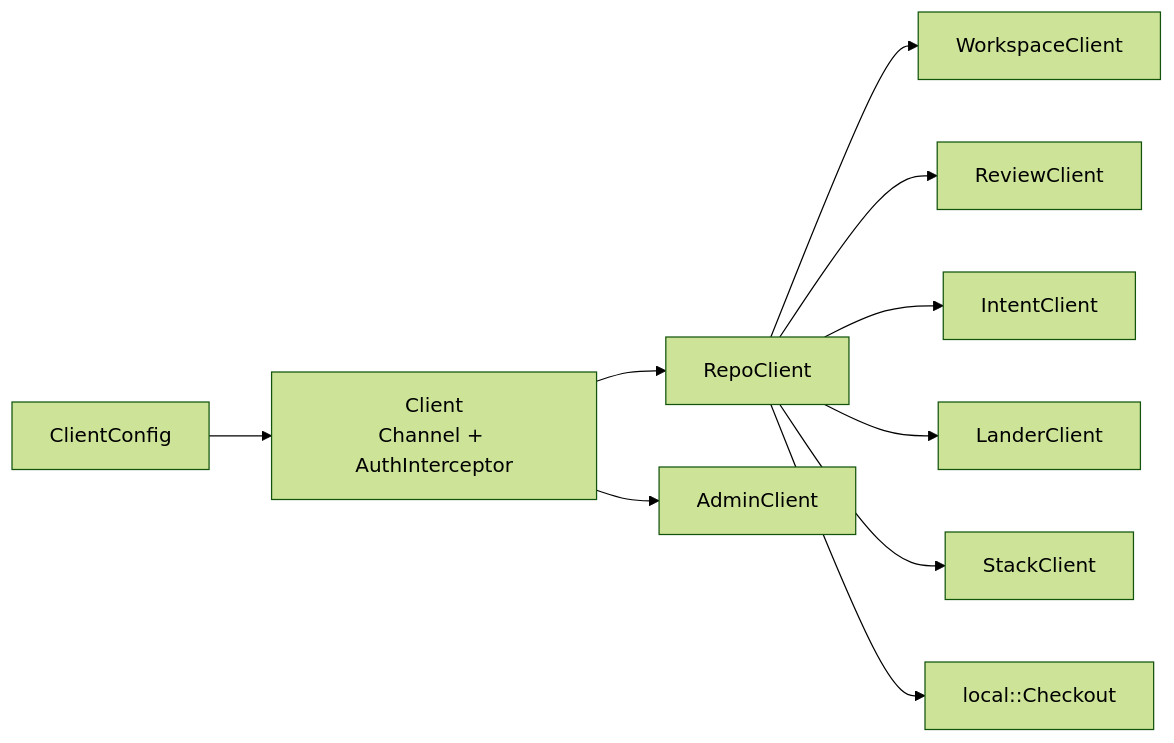
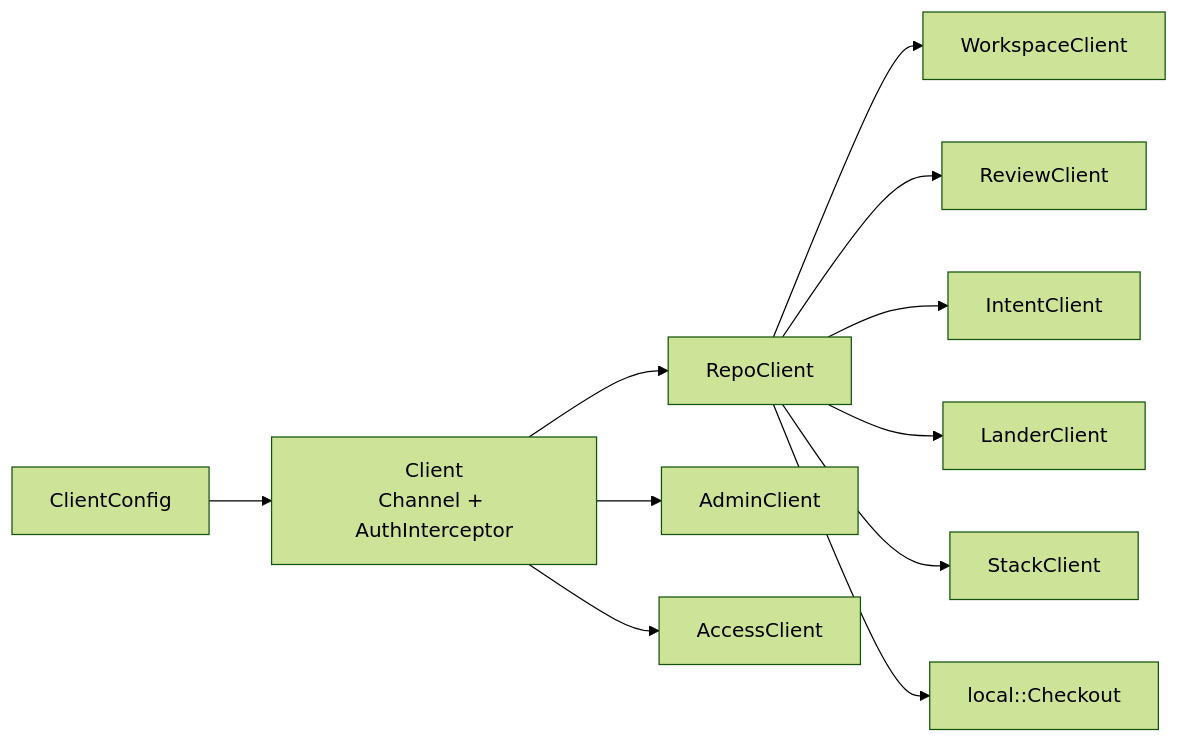
Before and after one commit to envoy1084/rill: the first of 2 diagrams in architecture/08-clients/sdk.md, drawn with Mermaid (forest theme). The commit also changed other lines of this file and 61 other files, not shown here.

````diff
--- a/architecture/08-clients/sdk.md
+++ b/architecture/08-clients/sdk.md
@@ -10,12 +10,13 @@
 ```mermaid
 flowchart LR
     Cfg[ClientConfig] --> Cl[Client<br/>Channel + AuthInterceptor]
     Cl --> Repo[RepoClient]
     Cl --> Admin[AdminClient]
+    Cl --> Access[AccessClient]
     Repo --> WS[WorkspaceClient]
     Repo --> Rv[ReviewClient]
     Repo --> In[IntentClient]
     Repo --> La[LanderClient]
     Repo --> St[StackClient]
     Repo --> Co[local::Checkout]
 ```
````
